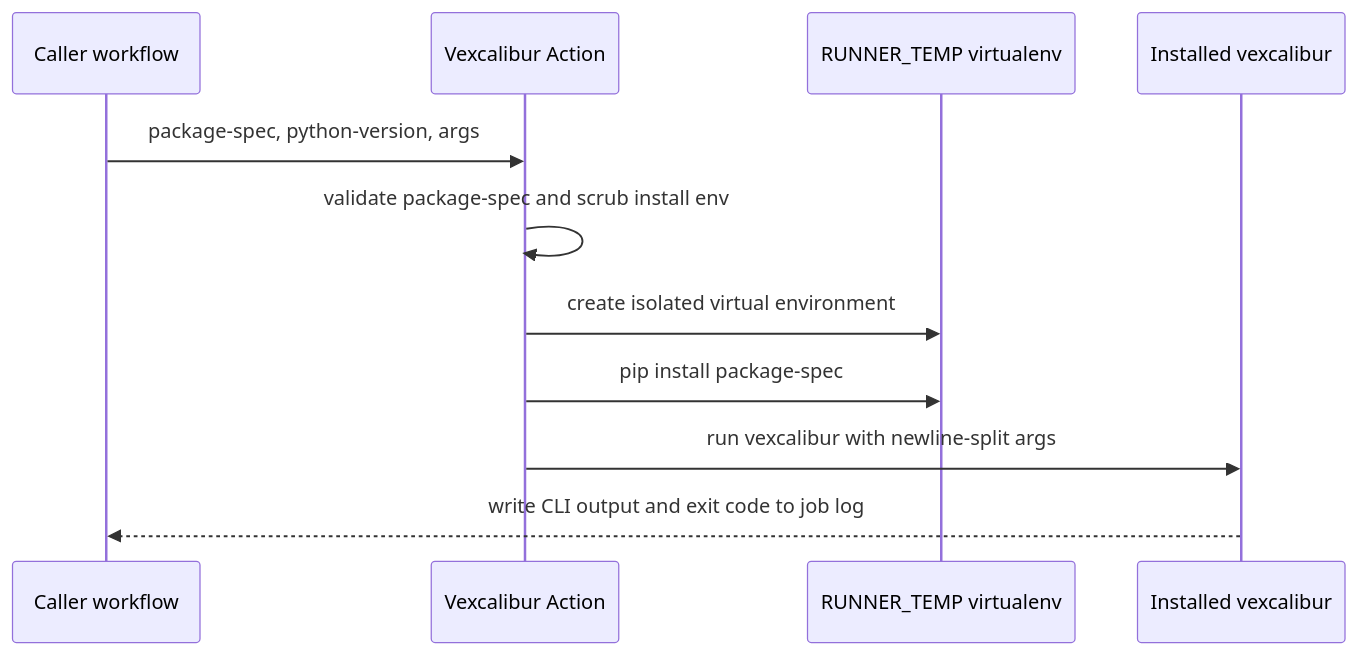
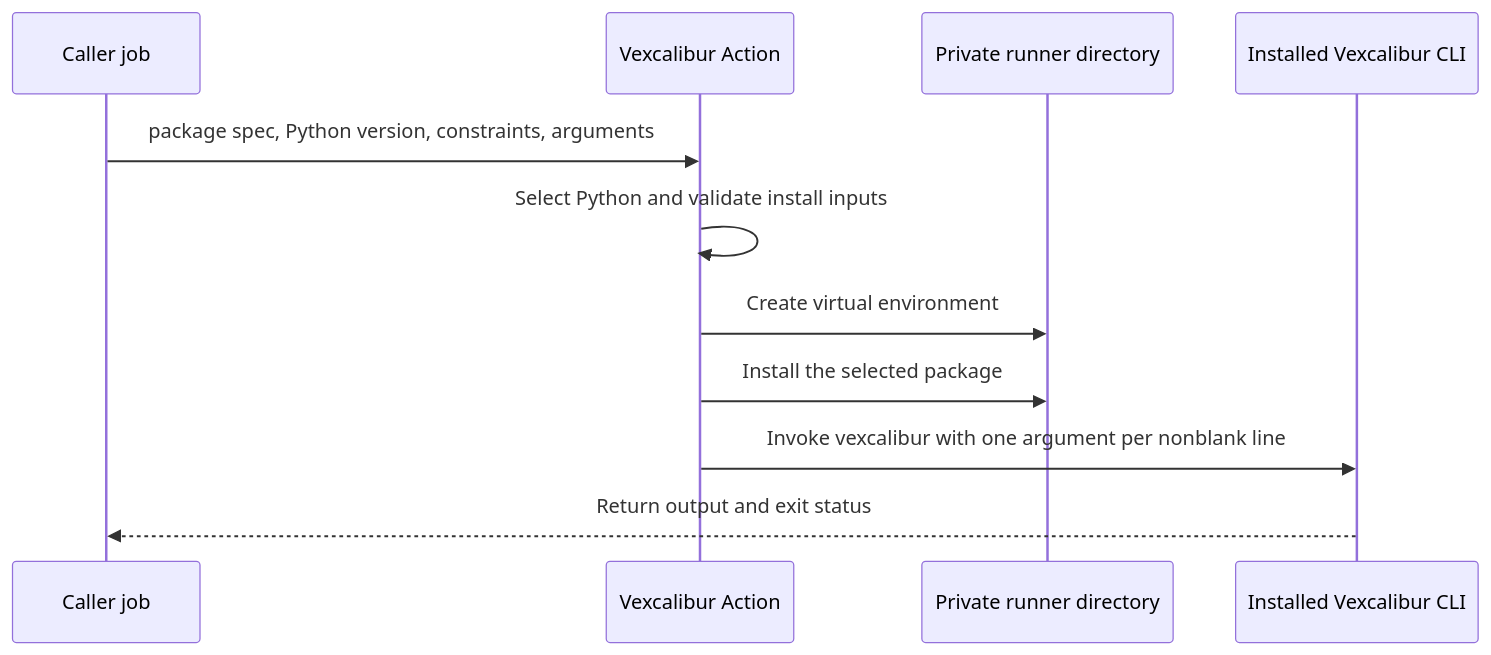
One commit to vexcalibur-dev/vexcalibur-action changed the diagram in docs/reference/action.md. Above: the diagram before and after it, drawn with Mermaid. The commit also changed other lines of this file and 7 other files, not shown here.

````diff
--- a/docs/reference/action.md
+++ b/docs/reference/action.md
@@ -87,14 +123,14 @@
 ```mermaid
 sequenceDiagram
-    participant Workflow as Caller workflow
+    participant Job as Caller job
     participant Action as Vexcalibur Action
-    participant Temp as RUNNER_TEMP virtualenv
-    participant CLI as Installed vexcalibur
+    participant Temp as Private runner directory
+    participant CLI as Installed Vexcalibur CLI
 
-    Workflow->>Action: package-spec, python-version, args
-    Action->>Action: validate package-spec and scrub install env
-    Action->>Temp: create isolated virtual environment
-    Action->>Temp: pip install package-spec
-    Action->>CLI: run vexcalibur with newline-split args
-    CLI-->>Workflow: write CLI output and exit code to job log
+    Job->>Action: package spec, Python version, constraints, arguments
+    Action->>Action: Select Python and validate install inputs
+    Action->>Temp: Create virtual environment
+    Action->>Temp: Install the selected package
+    Action->>CLI: Invoke vexcalibur with one argument per nonblank line
+    CLI-->>Job: Return output and exit status
 ```
````
